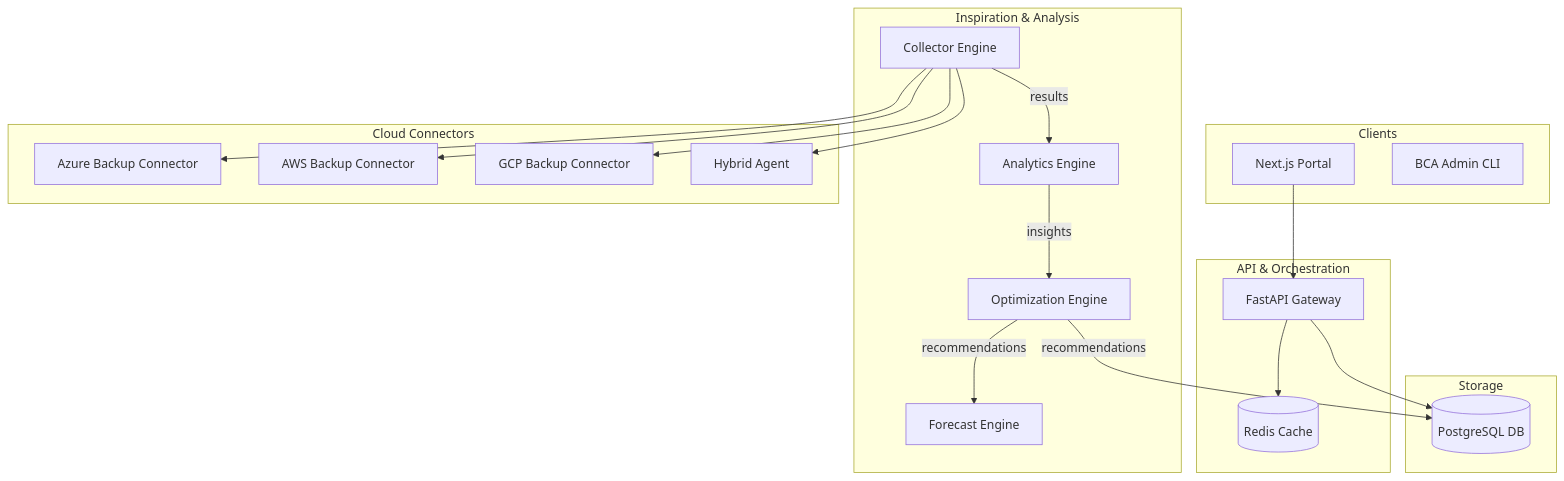
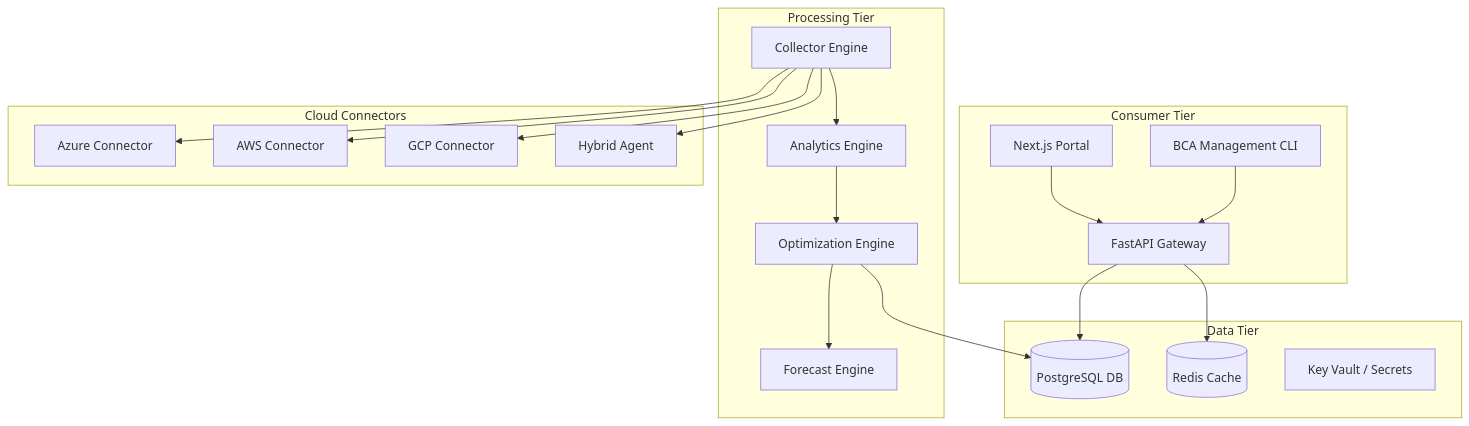
One commit to Devopstrio/backup-cost-analyzer changed the first of 3 diagrams in README.md. Above: the diagram before and after it, drawn with Mermaid. The commit also changed other lines of this file, not shown here.

Commit message:
docs: upgrade README to flagship enterprise standards with advanced diagrams

````diff
--- a/README.md
+++ b/README.md
@@ -12,44 +39,43 @@
 ```mermaid
 graph TD
-    subgraph "Clients"
+    subgraph "Consumer Tier"
         Web[Next.js Portal]
-        CLI[BCA Admin CLI]
+        CLI[BCA Management CLI]
+        API[FastAPI Gateway]
     end
 
-    subgraph "API & Orchestration"
-        Gateway[FastAPI Gateway]
-        Redis[(Redis Cache)]
-    end
-
-    subgraph "Inspiration & Analysis"
+    subgraph "Processing Tier"
         Collector[Collector Engine]
         Analyt[Analytics Engine]
         OptEng[Optimization Engine]
         ForeEng[Forecast Engine]
     end
 
-    subgraph "Storage"
+    subgraph "Data Tier"
         PG[(PostgreSQL DB)]
+        Redis[(Redis Cache)]
+        Vault[Key Vault / Secrets]
     end
 
     subgraph "Cloud Connectors"
-        AzC[Azure Backup Connector]
-        AwC[AWS Backup Connector]
-        GcC[GCP Backup Connector]
+        AzC[Azure Connector]
+        AwC[AWS Connector]
+        GcC[GCP Connector]
         HyC[Hybrid Agent]
     end
 
-    Web --> Gateway
-    Gateway --> Redis
-    Gateway --> PG
+    Web --> API
+    CLI --> API
+    API --> PG
+    API --> Redis
     
     Collector --> AzC
     Collector --> AwC
     Collector --> GcC
     Collector --> HyC
 
-    Collector -- results --> Analyt
-    Analyt -- insights --> OptEng
-    OptEng -- recommendations --> PG
-    OptEng -- recommendations --> ForeEng
+    Collector --> Analyt
+    Analyt --> OptEng
+    OptEng --> ForeEng
+    OptEng --> PG
 ```
````
